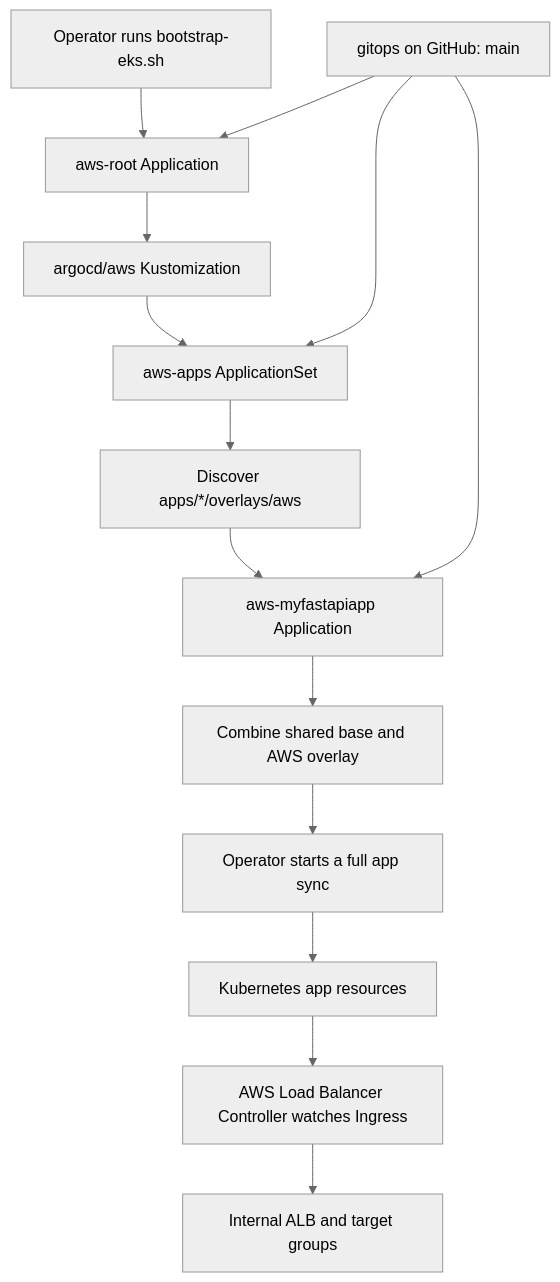
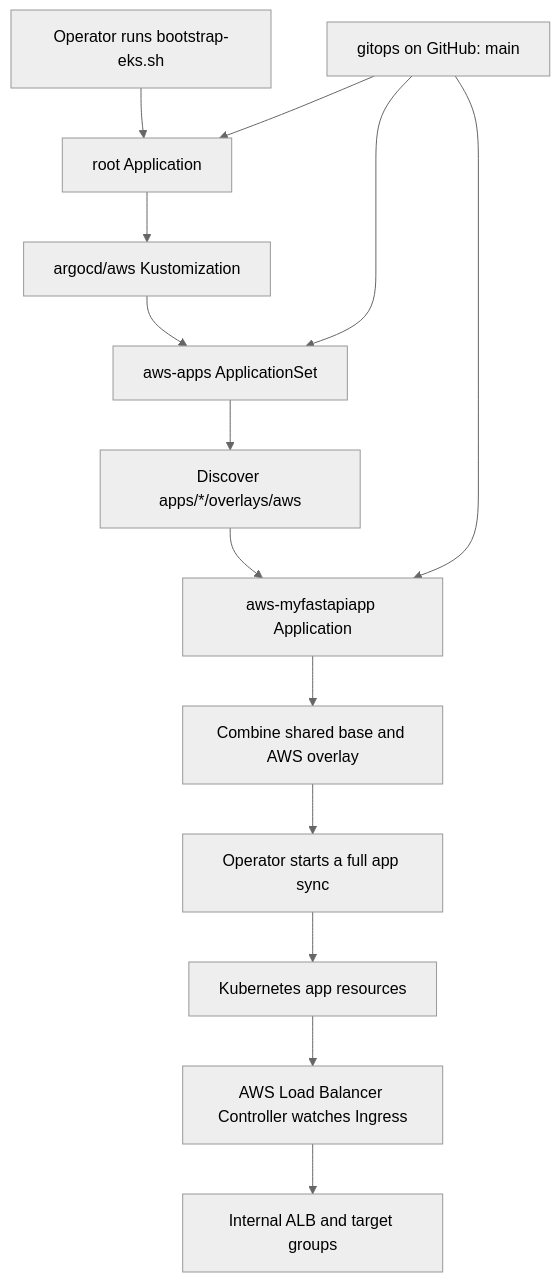
One commit to pquarg/gitops changed the first of 2 diagrams in docs/aws/architecture.md. Above: the diagram before and after it, drawn with Mermaid (neutral theme). The commit also changed other lines of this file and 25 other files, not shown here.

````diff
--- a/docs/aws/architecture.md
+++ b/docs/aws/architecture.md
@@ -33,16 +33,16 @@
 ```mermaid
 flowchart TD
-    Operator[Operator runs bootstrap-eks.sh] --> Root[aws-root Application]
+    Operator[Operator runs bootstrap-eks.sh] --> Root[root Application]
     Git[gitops on GitHub: main] --> Root
     Root --> Registrations[argocd/aws Kustomization]
     Registrations --> AppSet[aws-apps ApplicationSet]
     Git --> AppSet
     AppSet --> Discovery[Discover apps/*/overlays/aws]
     Discovery --> App[aws-myfastapiapp Application]
     Git --> App
     App --> Render[Combine shared base and AWS overlay]
     Render --> Sync[Operator starts a full app sync]
     Sync --> Resources[Kubernetes app resources]
     Resources --> Controller[AWS Load Balancer Controller watches Ingress]
     Controller --> ALB[Internal ALB and target groups]
 ```
````
